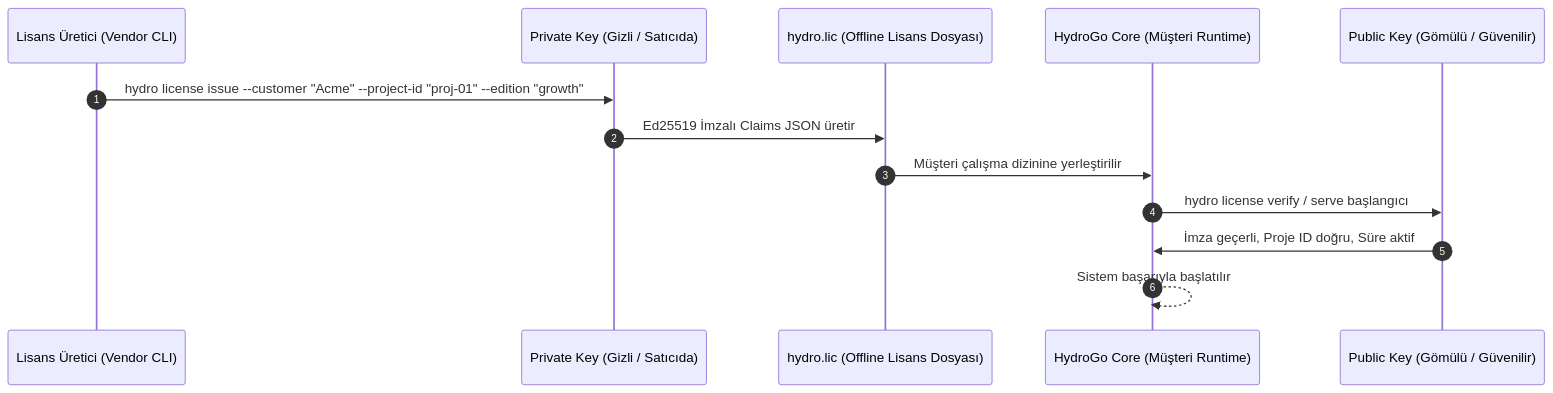
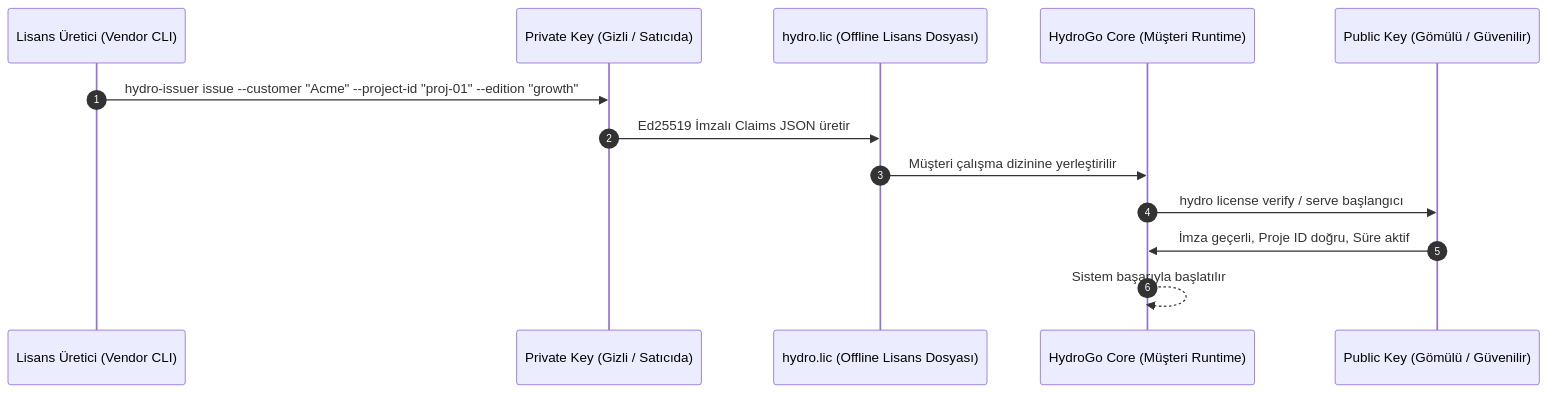
One commit to hydrohq/hydrogo changed the second of 2 diagrams in docs/COMMERCIAL_LICENSING.md. Above: the diagram before and after it, drawn with Mermaid. The commit also changed other lines of this file and 9 other files, not shown here.

Commit message:
security: isolate commercial license issuer

````diff
--- a/docs/COMMERCIAL_LICENSING.md
+++ b/docs/COMMERCIAL_LICENSING.md
@@ -109,16 +109,16 @@
 ```mermaid
 sequenceDiagram
     autonumber
     participant Admin as Lisans Üretici (Vendor CLI)
     participant PrivKey as Private Key (Gizli / Satıcıda)
     participant File as hydro.lic (Offline Lisans Dosyası)
     participant Core as HydroGo Core (Müşteri Runtime)
     participant PubKey as Public Key (Gömülü / Güvenilir)
 
-    Admin->>PrivKey: hydro license issue --customer "Acme" --project-id "proj-01" --edition "growth"
+    Admin->>PrivKey: hydro-issuer issue --customer "Acme" --project-id "proj-01" --edition "growth"
     PrivKey->>File: Ed25519 İmzalı Claims JSON üretir
     File->>Core: Müşteri çalışma dizinine yerleştirilir
     Core->>PubKey: hydro license verify / serve başlangıcı
     PubKey->>Core: İmza geçerli, Proje ID doğru, Süre aktif
     Core-->>Core: Sistem başarıyla başlatılır
 ```
````
